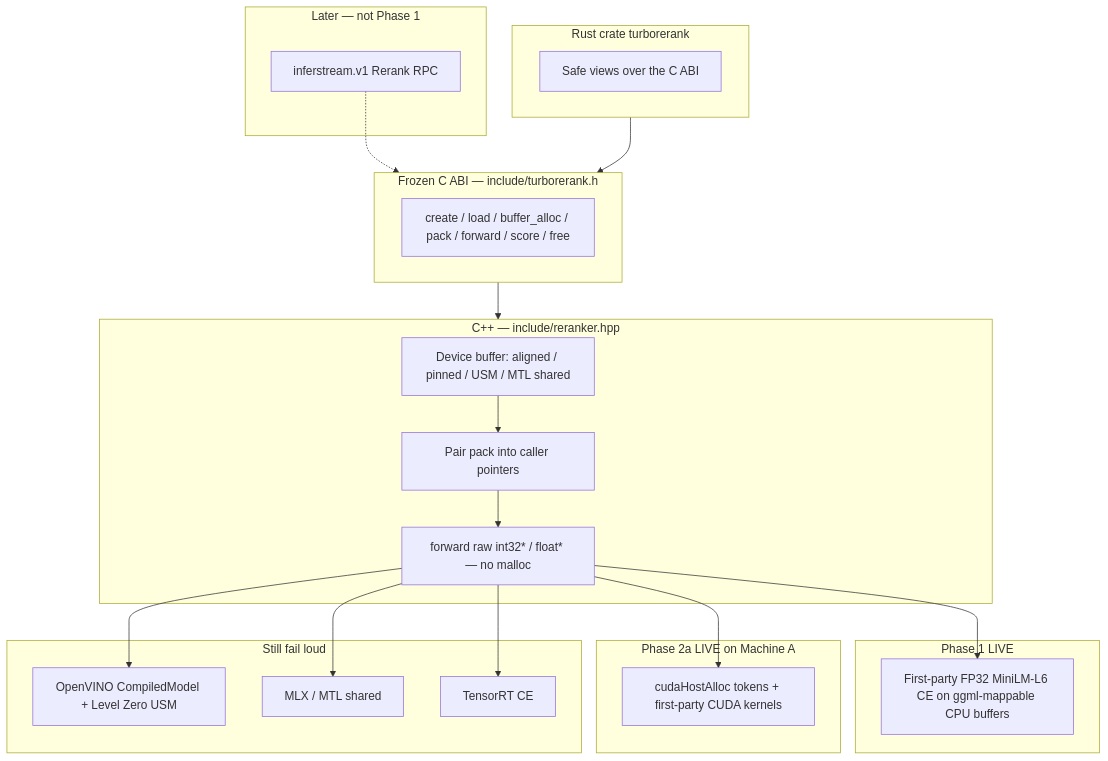
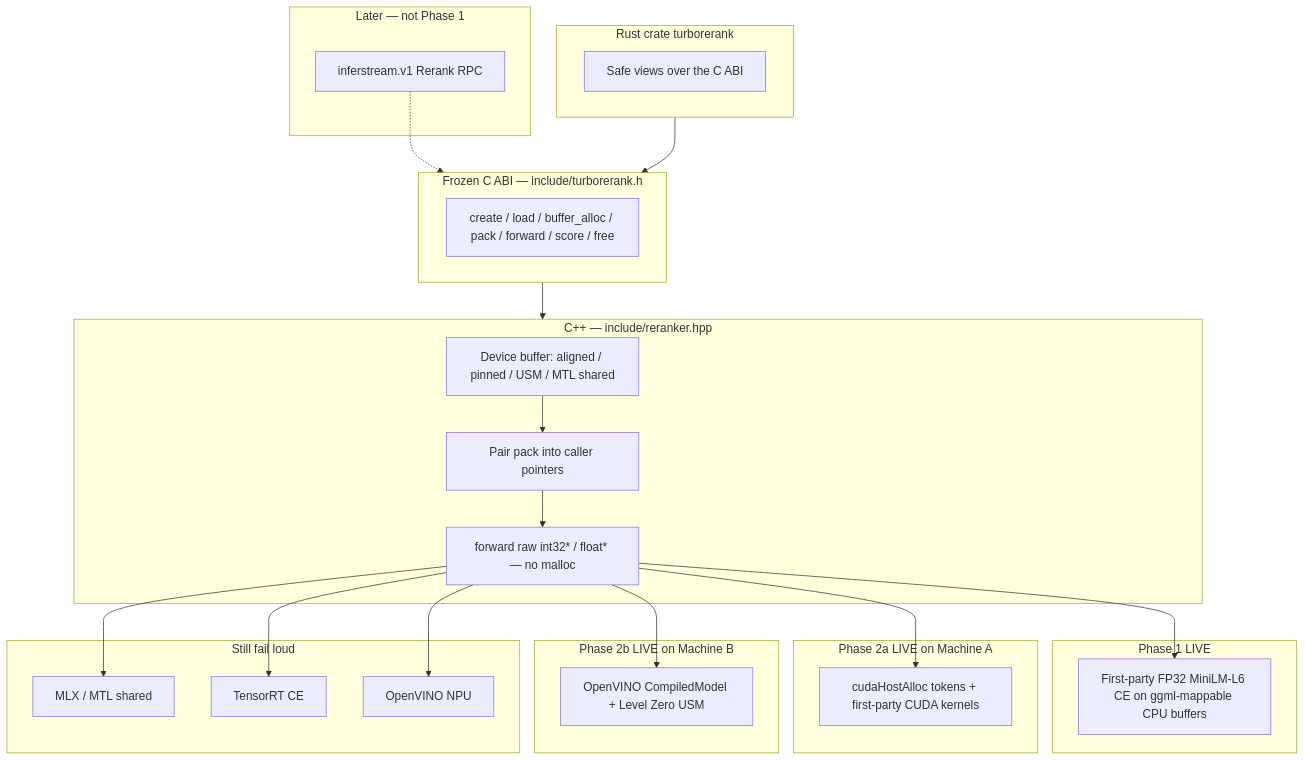
The diagram in docs/turborerank-architecture.md (ai-pipestream/turboembed), drawn with Mermaid before and after one commit. The commit also changed other lines of this file and 23 other files, not shown here.

First line of the commit message:
feat: TurboRerank Phase 2b Intel OpenVINO MiniLM CE

````diff
--- a/docs/turborerank-architecture.md
+++ b/docs/turborerank-architecture.md
@@ -155,44 +157,49 @@
 ```mermaid
 flowchart TB
     subgraph later [Later — not Phase 1]
         RPC["inferstream.v1 Rerank RPC"]
     end
 
     subgraph rust [Rust crate turborerank]
         Safe["Safe views over the C ABI"]
     end
 
     subgraph abi [Frozen C ABI — include/turborerank.h]
         H["create / load / buffer_alloc / pack / forward / score / free"]
     end
 
     subgraph cpp [C++ — include/reranker.hpp]
         Buf["Device buffer: aligned / pinned / USM / MTL shared"]
         Pack["Pair pack into caller pointers"]
         Fwd["forward raw int32* / float* — no malloc"]
     end
 
     subgraph cpu [Phase 1 LIVE]
         BERT["First-party FP32 MiniLM-L6 CE on ggml-mappable CPU buffers"]
     end
 
     subgraph cuda [Phase 2a LIVE on Machine A]
         CUDA["cudaHostAlloc tokens + first-party CUDA kernels"]
     end
 
+    subgraph ov [Phase 2b LIVE on Machine B]
+        OV["OpenVINO CompiledModel + Level Zero USM"]
+    end
+
     subgraph laterhw [Still fail loud]
-        OV["OpenVINO CompiledModel + Level Zero USM"]
         MTL["MLX / MTL shared"]
         TRT["TensorRT CE"]
+        NPU["OpenVINO NPU"]
     end
 
     RPC -.-> abi
     rust --> abi
     abi --> cpp
     Buf --> Pack --> Fwd
     Fwd --> BERT
     Fwd --> CUDA
     Fwd --> OV
     Fwd --> MTL
     Fwd --> TRT
+    Fwd --> NPU
 ```
````
